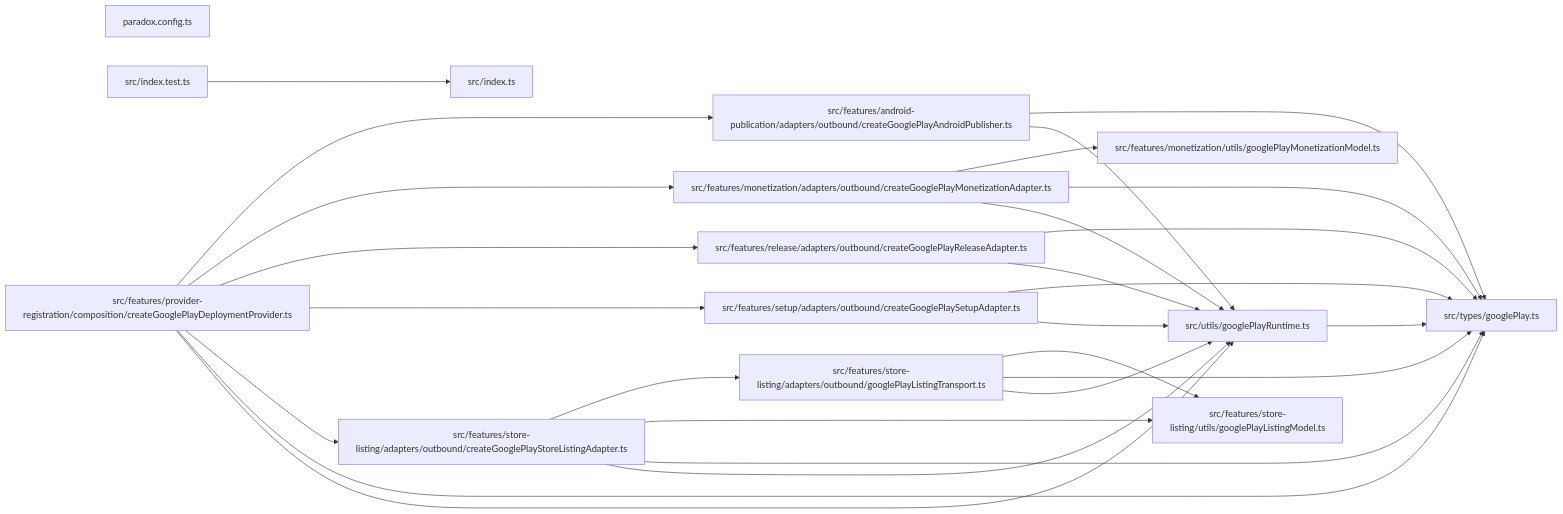
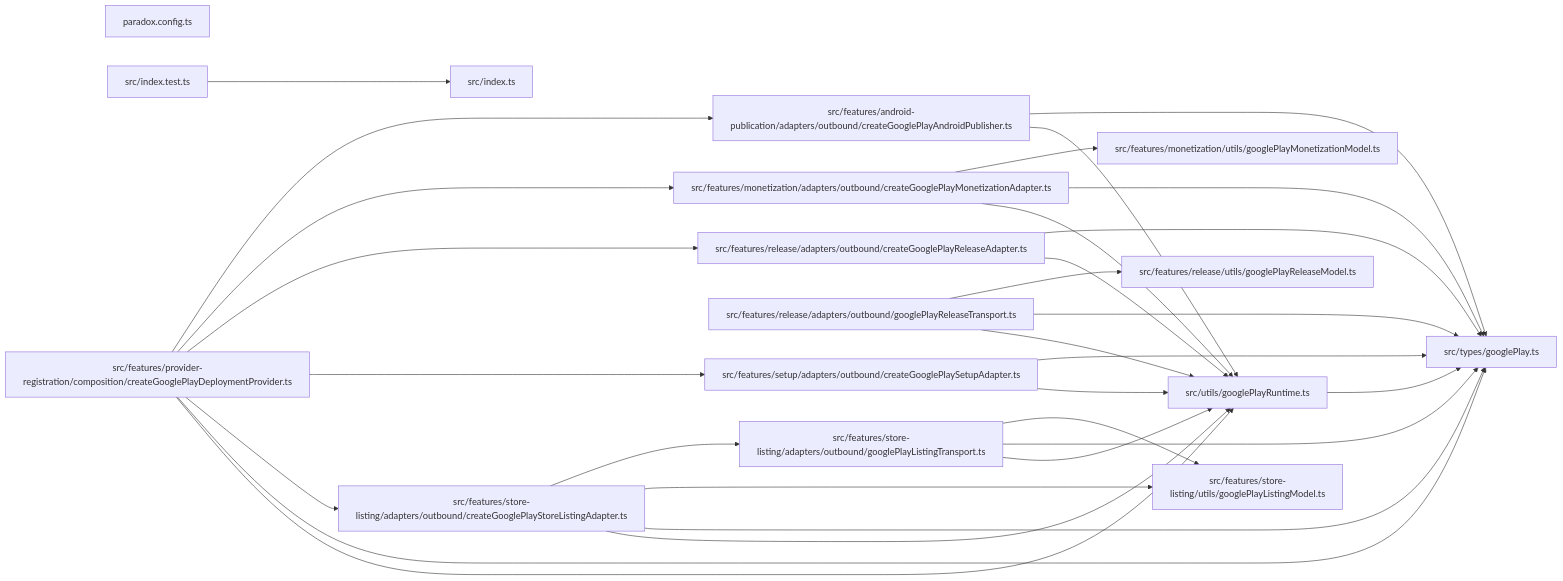
The diagram in paradox/diagrams/module-relationships.mmd (ankhorage/deploy-provider-google-play), drawn with Mermaid before and after one commit. The commit also changed 6 other files, not shown here.

Commit message:
chore: prepare Google Play provider [prepared]

```diff
--- a/paradox/diagrams/module-relationships.mmd
+++ b/paradox/diagrams/module-relationships.mmd
@@ -1,40 +1,45 @@
 graph LR
   module_paradox_config_ts["paradox.config.ts"]
   module_src_features_android_publication_adapters_outbound_createGooglePlayAndroidPublisher_ts["src/features/android-publication/adapters/outbound/createGooglePlayAndroidPublisher.ts"]
   module_src_features_monetization_adapters_outbound_createGooglePlayMonetizationAdapter_ts["src/features/monetization/adapters/outbound/createGooglePlayMonetizationAdapter.ts"]
   module_src_features_monetization_utils_googlePlayMonetizationModel_ts["src/features/monetization/utils/googlePlayMonetizationModel.ts"]
   module_src_features_provider_registration_composition_createGooglePlayDeploymentProvider_ts["src/features/provider-registration/composition/createGooglePlayDeploymentProvider.ts"]
   module_src_features_release_adapters_outbound_createGooglePlayReleaseAdapter_ts["src/features/release/adapters/outbound/createGooglePlayReleaseAdapter.ts"]
+  module_src_features_release_adapters_outbound_googlePlayReleaseTransport_ts["src/features/release/adapters/outbound/googlePlayReleaseTransport.ts"]
+  module_src_features_release_utils_googlePlayReleaseModel_ts["src/features/release/utils/googlePlayReleaseModel.ts"]
   module_src_features_setup_adapters_outbound_createGooglePlaySetupAdapter_ts["src/features/setup/adapters/outbound/createGooglePlaySetupAdapter.ts"]
   module_src_features_store_listing_adapters_outbound_createGooglePlayStoreListingAdapter_ts["src/features/store-listing/adapters/outbound/createGooglePlayStoreListingAdapter.ts"]
   module_src_features_store_listing_adapters_outbound_googlePlayListingTransport_ts["src/features/store-listing/adapters/outbound/googlePlayListingTransport.ts"]
   module_src_features_store_listing_utils_googlePlayListingModel_ts["src/features/store-listing/utils/googlePlayListingModel.ts"]
   module_src_index_test_ts["src/index.test.ts"]
   module_src_index_ts["src/index.ts"]
   module_src_types_googlePlay_ts["src/types/googlePlay.ts"]
   module_src_utils_googlePlayRuntime_ts["src/utils/googlePlayRuntime.ts"]
   module_src_features_android_publication_adapters_outbound_createGooglePlayAndroidPublisher_ts --> module_src_types_googlePlay_ts
   module_src_features_android_publication_adapters_outbound_createGooglePlayAndroidPublisher_ts --> module_src_utils_googlePlayRuntime_ts
   module_src_features_monetization_adapters_outbound_createGooglePlayMonetizationAdapter_ts --> module_src_features_monetization_utils_googlePlayMonetizationModel_ts
   module_src_features_monetization_adapters_outbound_createGooglePlayMonetizationAdapter_ts --> module_src_types_googlePlay_ts
   module_src_features_monetization_adapters_outbound_createGooglePlayMonetizationAdapter_ts --> module_src_utils_googlePlayRuntime_ts
   module_src_features_provider_registration_composition_createGooglePlayDeploymentProvider_ts --> module_src_features_android_publication_adapters_outbound_createGooglePlayAndroidPublisher_ts
   module_src_features_provider_registration_composition_createGooglePlayDeploymentProvider_ts --> module_src_features_monetization_adapters_outbound_createGooglePlayMonetizationAdapter_ts
   module_src_features_provider_registration_composition_createGooglePlayDeploymentProvider_ts --> module_src_features_release_adapters_outbound_createGooglePlayReleaseAdapter_ts
   module_src_features_provider_registration_composition_createGooglePlayDeploymentProvider_ts --> module_src_features_setup_adapters_outbound_createGooglePlaySetupAdapter_ts
   module_src_features_provider_registration_composition_createGooglePlayDeploymentProvider_ts --> module_src_features_store_listing_adapters_outbound_createGooglePlayStoreListingAdapter_ts
   module_src_features_provider_registration_composition_createGooglePlayDeploymentProvider_ts --> module_src_types_googlePlay_ts
   module_src_features_provider_registration_composition_createGooglePlayDeploymentProvider_ts --> module_src_utils_googlePlayRuntime_ts
   module_src_features_release_adapters_outbound_createGooglePlayReleaseAdapter_ts --> module_src_types_googlePlay_ts
   module_src_features_release_adapters_outbound_createGooglePlayReleaseAdapter_ts --> module_src_utils_googlePlayRuntime_ts
+  module_src_features_release_adapters_outbound_googlePlayReleaseTransport_ts --> module_src_features_release_utils_googlePlayReleaseModel_ts
+  module_src_features_release_adapters_outbound_googlePlayReleaseTransport_ts --> module_src_types_googlePlay_ts
+  module_src_features_release_adapters_outbound_googlePlayReleaseTransport_ts --> module_src_utils_googlePlayRuntime_ts
   module_src_features_setup_adapters_outbound_createGooglePlaySetupAdapter_ts --> module_src_types_googlePlay_ts
   module_src_features_setup_adapters_outbound_createGooglePlaySetupAdapter_ts --> module_src_utils_googlePlayRuntime_ts
   module_src_features_store_listing_adapters_outbound_createGooglePlayStoreListingAdapter_ts --> module_src_features_store_listing_adapters_outbound_googlePlayListingTransport_ts
   module_src_features_store_listing_adapters_outbound_createGooglePlayStoreListingAdapter_ts --> module_src_features_store_listing_utils_googlePlayListingModel_ts
   module_src_features_store_listing_adapters_outbound_createGooglePlayStoreListingAdapter_ts --> module_src_types_googlePlay_ts
   module_src_features_store_listing_adapters_outbound_createGooglePlayStoreListingAdapter_ts --> module_src_utils_googlePlayRuntime_ts
   module_src_features_store_listing_adapters_outbound_googlePlayListingTransport_ts --> module_src_features_store_listing_utils_googlePlayListingModel_ts
   module_src_features_store_listing_adapters_outbound_googlePlayListingTransport_ts --> module_src_types_googlePlay_ts
   module_src_features_store_listing_adapters_outbound_googlePlayListingTransport_ts --> module_src_utils_googlePlayRuntime_ts
   module_src_index_test_ts --> module_src_index_ts
   module_src_utils_googlePlayRuntime_ts --> module_src_types_googlePlay_ts
```
